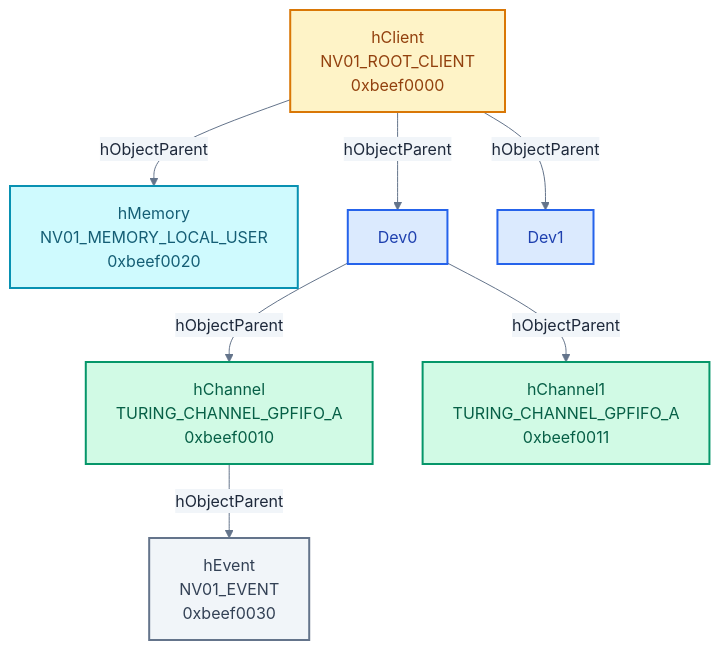
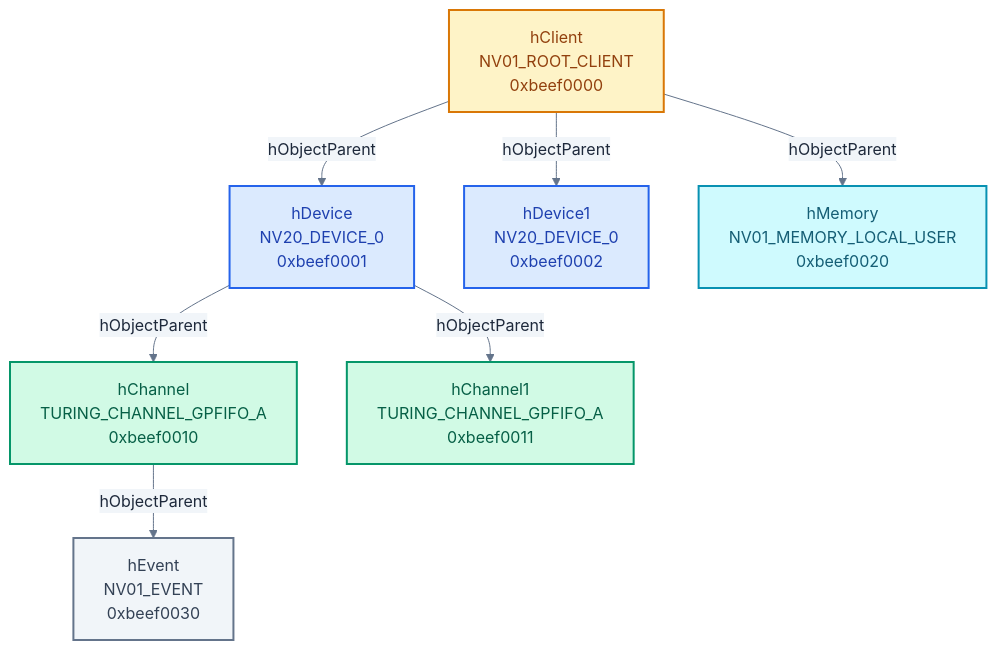
The third of 3 diagrams in nvidia-kmd/04-字符设备与ioctl接口.md (swjtuer326/cs-learning-notes), drawn with Mermaid before and after one commit. The commit also changed other lines of this file and 4 other files, not shown here.

````diff
--- a/nvidia-kmd/04-字符设备与ioctl接口.md
+++ b/nvidia-kmd/04-字符设备与ioctl接口.md
@@ -769,27 +770,29 @@
 ```mermaid
 %%{init: {"theme": "base", "themeVariables": {"primaryColor": "#f8fafc", "primaryTextColor": "#1e293b", "primaryBorderColor": "#475569", "lineColor": "#64748b", "secondaryColor": "#f1f5f9", "secondaryBorderColor": "#94a3b8", "tertiaryColor": "#f8fafc", "fontFamily": "\"trebuchet ms\", verdana, arial, sans-serif"}}}%%
 flowchart TD
     Client["hClient<br/>NV01_ROOT_CLIENT<br/>0xbeef0000"]
+    Dev0["hDevice<br/>NV20_DEVICE_0<br/>0xbeef0001"]
+    Dev1["hDevice1<br/>NV20_DEVICE_0<br/>0xbeef0002"]
     Ch0["hChannel<br/>TURING_CHANNEL_GPFIFO_A<br/>0xbeef0010"]
     Ch1["hChannel1<br/>TURING_CHANNEL_GPFIFO_A<br/>0xbeef0011"]
     Mem0["hMemory<br/>NV01_MEMORY_LOCAL_USER<br/>0xbeef0020"]
     Ev0["hEvent<br/>NV01_EVENT<br/>0xbeef0030"]
 
     Client -->|"hObjectParent"| Dev0
     Client -->|"hObjectParent"| Dev1
     Dev0 -->|"hObjectParent"| Ch0
     Dev0 -->|"hObjectParent"| Ch1
     Client -->|"hObjectParent"| Mem0
     Ch0 -->|"hObjectParent"| Ev0
 
     classDef client fill:#fef3c7,stroke:#d97706,color:#92400e,stroke-width:2px
     classDef dev fill:#dbeafe,stroke:#2563eb,color:#1e40af,stroke-width:2px
     classDef ch fill:#d1fae5,stroke:#059669,color:#065f46,stroke-width:2px
     classDef mem fill:#cffafe,stroke:#0891b2,color:#155e75,stroke-width:2px
     classDef ev fill:#f1f5f9,stroke:#64748b,color:#334155,stroke-width:2px
     class Client client
     class Dev0,Dev1 dev
     class Ch0,Ch1 ch
     class Mem0 mem
     class Ev0 ev
 ```
````
